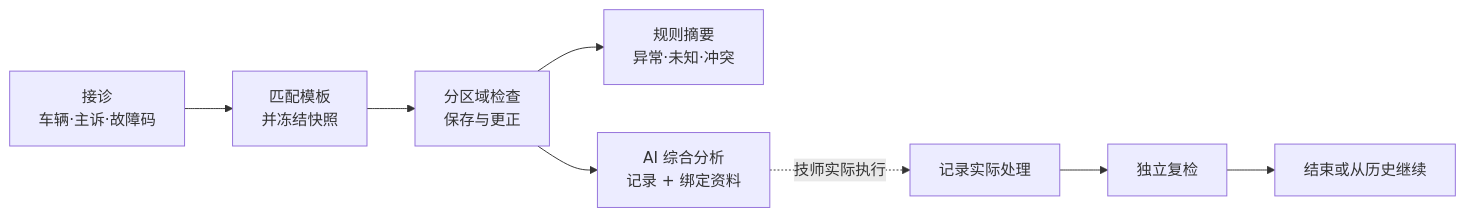
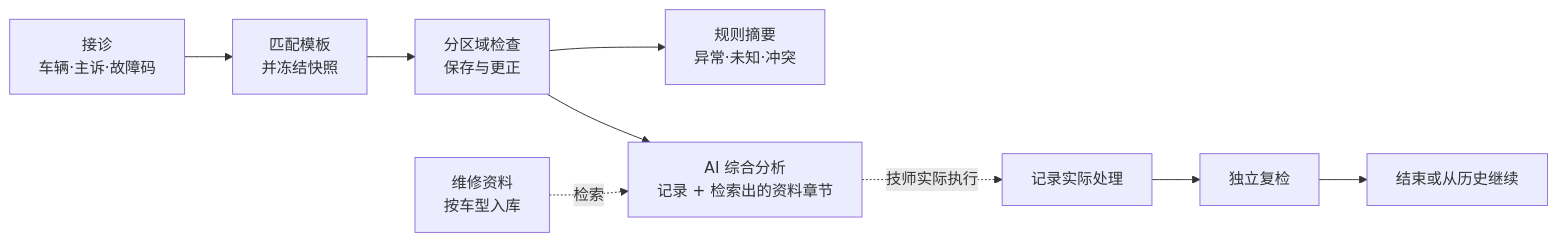
The first of 2 diagrams in README.md (LI-opera/xiutu), drawn with Mermaid before and after one commit. The commit also changed other lines of this file and 14 other files, not shown here.

````diff
--- a/README.md
+++ b/README.md
@@ -34,10 +35,11 @@
 ```mermaid
 flowchart LR
     A[接诊<br/>车辆·主诉·故障码] --> B[匹配模板<br/>并冻结快照]
     B --> C[分区域检查<br/>保存与更正]
     C --> D[规则摘要<br/>异常·未知·冲突]
-    C --> E[AI 综合分析<br/>记录 + 绑定资料]
+    C --> E[AI 综合分析<br/>记录 + 检索出的资料章节]
+    R[维修资料<br/>按车型入库] -.检索.-> E
     E -.技师实际执行.-> F[记录实际处理]
     F --> G[独立复检]
     G --> H[结束或从历史继续]
 ```
````
